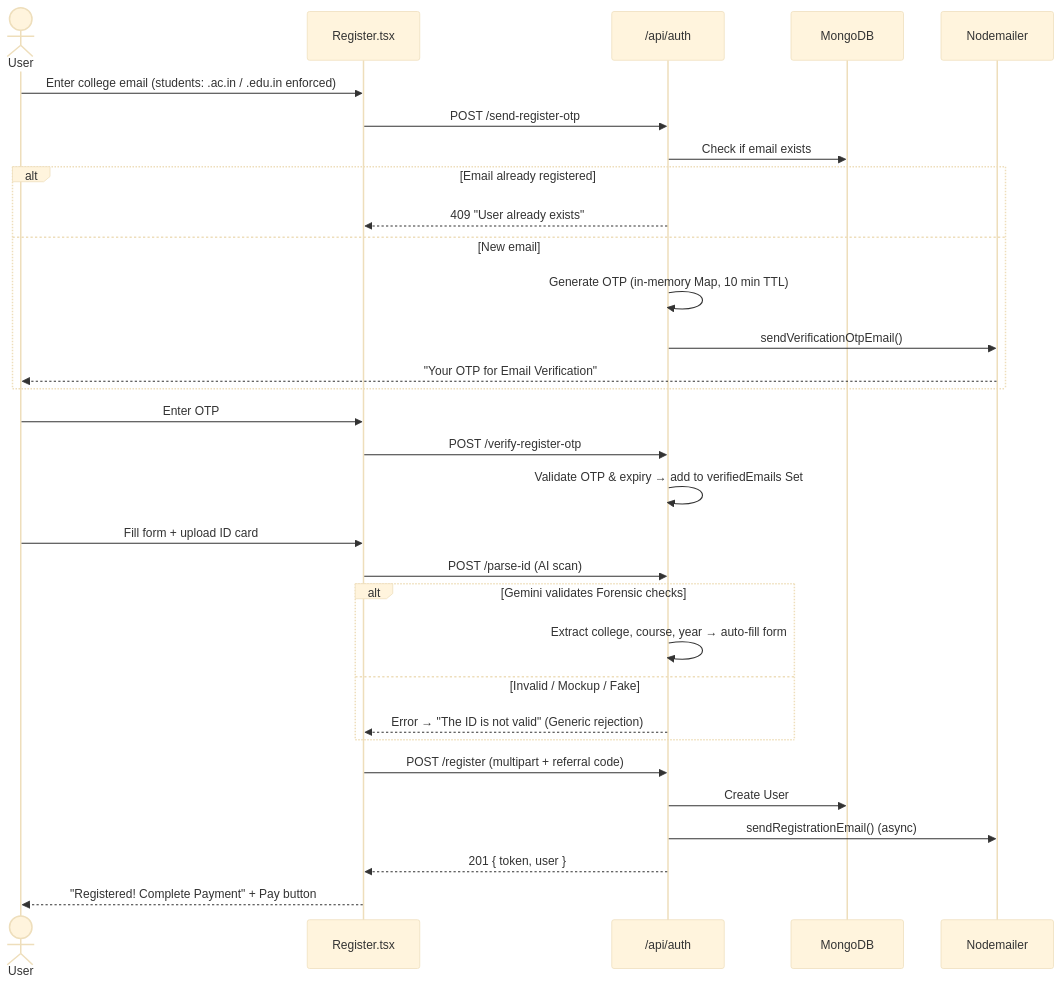
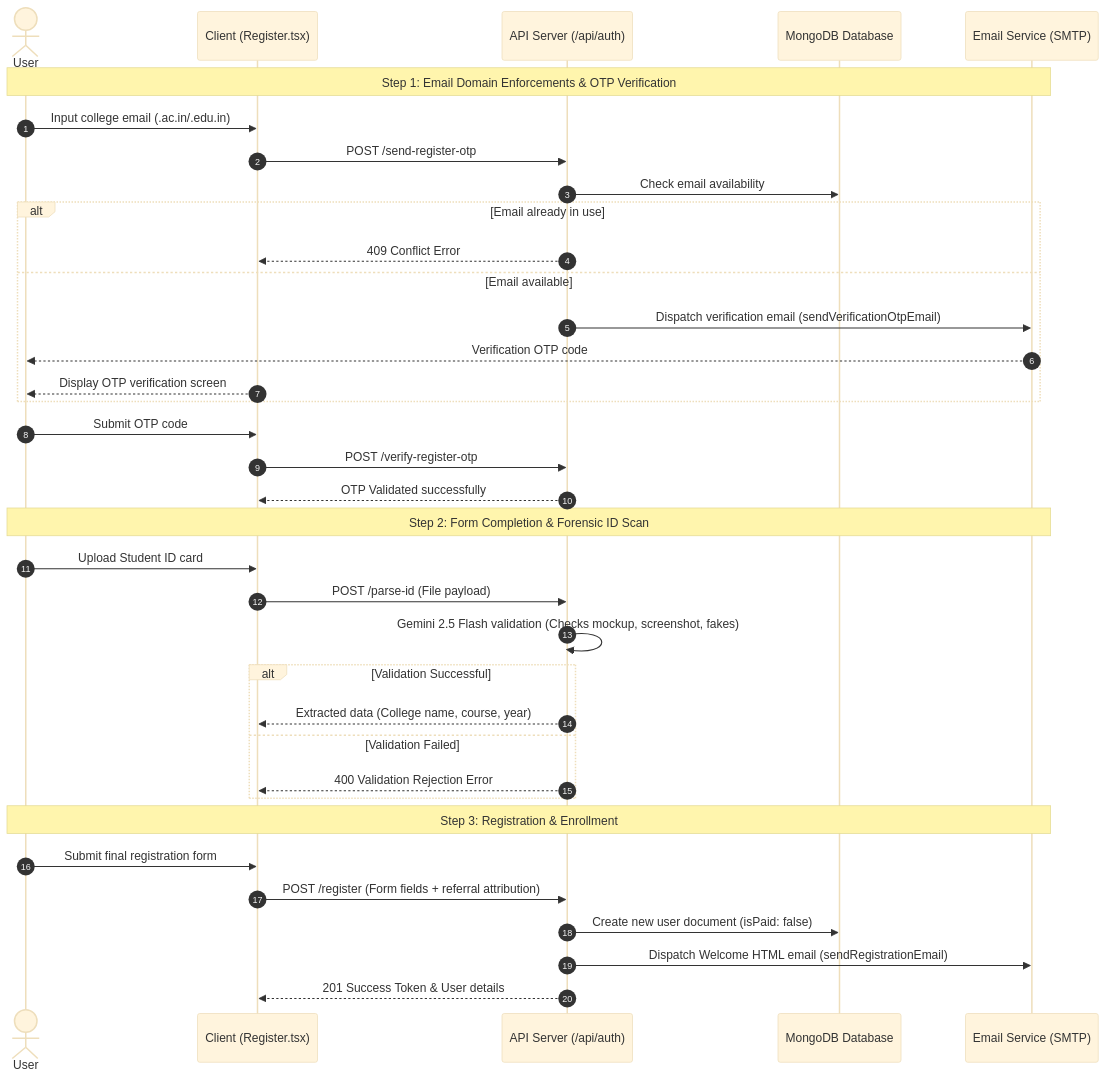
Before and after one commit to akshayaav246-collab/LeadwithAI: the second of 3 diagrams in README.md, drawn with Mermaid (base theme). The commit also changed other lines of this file, not shown here.

````diff
--- a/README.md
+++ b/README.md
@@ -190,37 +190,42 @@
 ```mermaid
 sequenceDiagram
+    autonumber
     actor User
-    participant FE as Register.tsx
-    participant BE as /api/auth
-    participant DB as MongoDB
-    participant Mail as Nodemailer
+    participant FE as Client (Register.tsx)
+    participant BE as API Server (/api/auth)
+    participant DB as MongoDB Database
+    participant SMTP as Email Service (SMTP)
 
-    User->>FE: Enter college email (students: .ac.in / .edu.in enforced)
+    Note over User, SMTP: Step 1: Email Domain Enforcements & OTP Verification
+    User->>FE: Input college email (.ac.in/.edu.in)
     FE->>BE: POST /send-register-otp
-    BE->>DB: Check if email exists
-    alt Email already registered
-        BE-->>FE: 409 "User already exists"
-    else New email
-        BE->>BE: Generate OTP (in-memory Map, 10 min TTL)
-        BE->>Mail: sendVerificationOtpEmail()
-        Mail-->>User: "Your OTP for Email Verification"
+    BE->>DB: Check email availability
+    alt Email already in use
+        BE-->>FE: 409 Conflict Error
+    else Email available
+        BE->>SMTP: Dispatch verification email (sendVerificationOtpEmail)
+        SMTP-->>User: Verification OTP code
+        FE-->>User: Display OTP verification screen
     end
 
-    User->>FE: Enter OTP
+    User->>FE: Submit OTP code
     FE->>BE: POST /verify-register-otp
-    BE->>BE: Validate OTP & expiry → add to verifiedEmails Set
+    BE-->>FE: OTP Validated successfully
 
-    User->>FE: Fill form + upload ID card
-    FE->>BE: POST /parse-id (AI scan)
-    alt Gemini validates Forensic checks
-        BE->>BE: Extract college, course, year → auto-fill form
-    else Invalid / Mockup / Fake
-        BE-->>FE: Error → "The ID is not valid" (Generic rejection)
+    Note over User, SMTP: Step 2: Form Completion & Forensic ID Scan
+    User->>FE: Upload Student ID card
+    FE->>BE: POST /parse-id (File payload)
+    BE->>BE: Gemini 2.5 Flash validation (Checks mockup, screenshot, fakes)
+    alt Validation Successful
+        BE-->>FE: Extracted data (College name, course, year)
+    else Validation Failed
+        BE-->>FE: 400 Validation Rejection Error
     end
 
-    FE->>BE: POST /register (multipart + referral code)
-    BE->>DB: Create User 
-    BE->>Mail: sendRegistrationEmail() (async)
-    BE-->>FE: 201 { token, user }
-    FE-->>User: "Registered! Complete Payment" + Pay button
+    Note over User, SMTP: Step 3: Registration & Enrollment
+    User->>FE: Submit final registration form
+    FE->>BE: POST /register (Form fields + referral attribution)
+    BE->>DB: Create new user document (isPaid: false)
+    BE->>SMTP: Dispatch Welcome HTML email (sendRegistrationEmail)
+    BE-->>FE: 201 Success Token & User details
 ```
````
